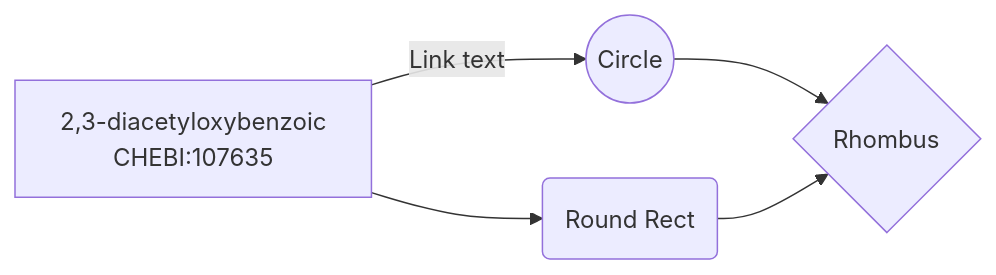
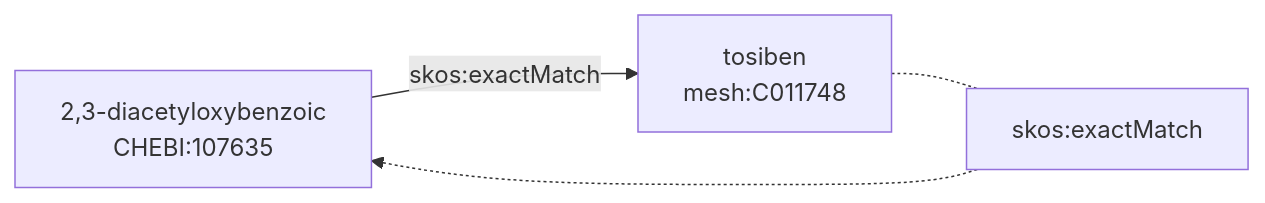
The diagram in README.md (biopragmatics/semra), drawn with Mermaid before and after one commit.

````diff
--- a/README.md
+++ b/README.md
@@ -115,7 +115,5 @@
 ```mermaid
 graph LR
-    A[2,3-diacetyloxybenzoic\nCHEBI:107635] -- Link text --> B((Circle))
-    A --> C(Round Rect)
-    B --> D{Rhombus}
-    C --> D
+    A[2,3-diacetyloxybenzoic<br/>CHEBI:107635] -- skos:exactMatch --> B[tosiben<br/>mesh:C011748]
+    B -.- skos:exactMatch -.-> A
 ```
````
